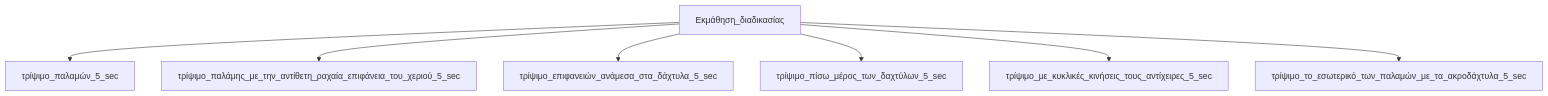
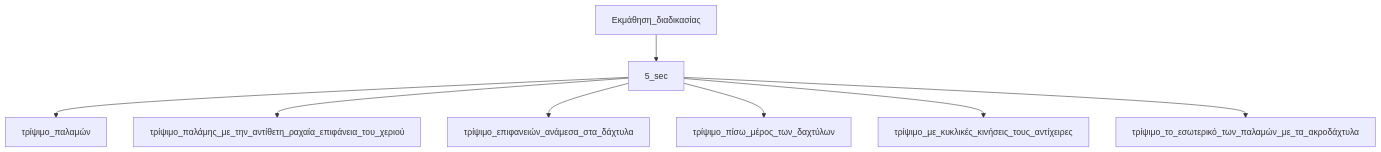
Before and after one commit to Ebabouraki/Interaction-Design-Project-Assignment: the second of 3 diagrams in our_report/README.md, drawn with Mermaid.

````diff
--- a/our_report/README.md
+++ b/our_report/README.md
@@ -220,9 +220,10 @@
 ```mermaid
   graph TD;
-       Εκμάθηση_διαδικασίας --> τρίψιμο_παλαμών_5_sec;
-      Εκμάθηση_διαδικασίας --> τρίψιμο_παλάμης_με_την_αντίθετη_ραχαία_επιφάνεια_του_χεριού_5_sec;
-      Εκμάθηση_διαδικασίας --> τρίψιμο_επιφανειών_ανάμεσα_στα_δάχτυλα_5_sec;
-       Εκμάθηση_διαδικασίας --> τρίψιμο_πίσω_μέρος_των_δαχτύλων_5_sec;
-       Εκμάθηση_διαδικασίας --> τρίψιμο_με_κυκλικές_κινήσεις_τους_αντίχειρες_5_sec;
-       Εκμάθηση_διαδικασίας --> τρίψιμο_το_εσωτερικό_των_παλαμών_με_τα_ακροδάχτυλα_5_sec;
+       Εκμάθηση_διαδικασίας -->5_sec;
+       5_sec --> τρίψιμο_παλαμών;
+       5_sec --> τρίψιμο_παλάμης_με_την_αντίθετη_ραχαία_επιφάνεια_του_χεριού;
+     5_sec --> τρίψιμο_επιφανειών_ανάμεσα_στα_δάχτυλα;
+      5_sec --> τρίψιμο_πίσω_μέρος_των_δαχτύλων;
+       5_sec --> τρίψιμο_με_κυκλικές_κινήσεις_τους_αντίχειρες;
+       5_sec --> τρίψιμο_το_εσωτερικό_των_παλαμών_με_τα_ακροδάχτυλα;
 ```
````
